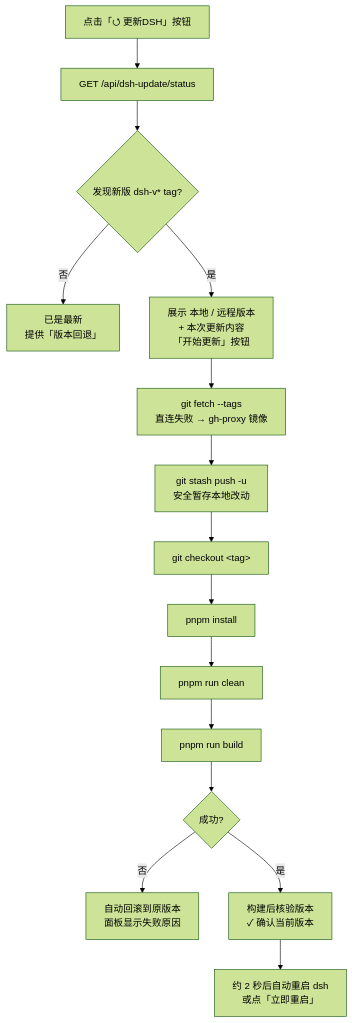
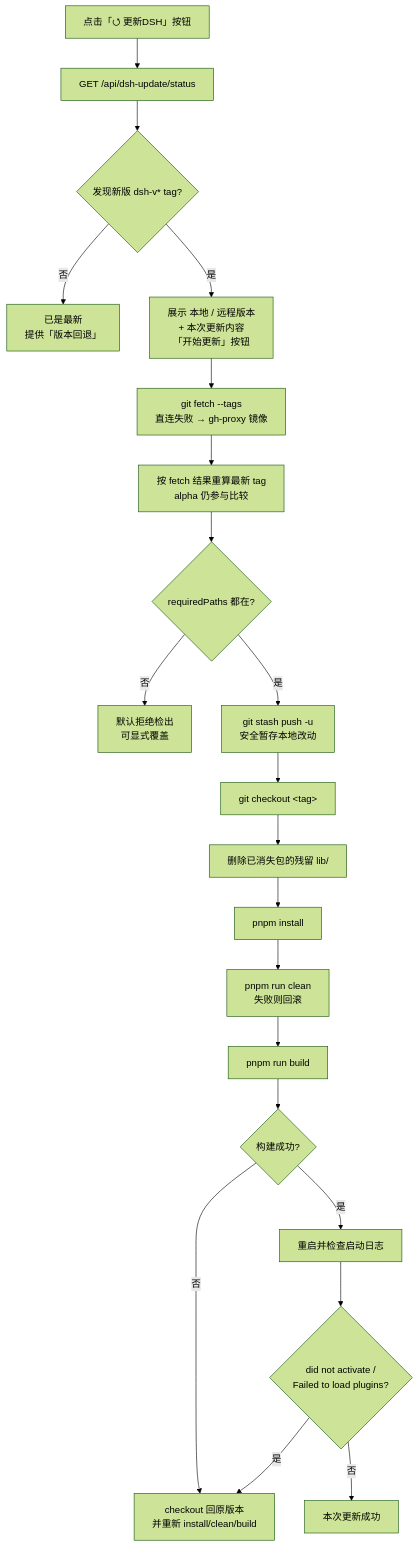
The diagram in README.md (Zhucy123/dsh-update), drawn with Mermaid (forest theme) before and after one commit. The commit also changed other lines of this file and 6 other files, not shown here.

````diff
--- a/README.md
+++ b/README.md
@@ -53,17 +55,23 @@
 ```mermaid
 flowchart TD
     A[点击「⭯ 更新DSH」按钮] --> B[GET /api/dsh-update/status]
     B --> C{发现新版 dsh-v* tag?}
     C -- 否 --> D[已是最新<br/>提供「版本回退」]
     C -- 是 --> E[展示 本地 / 远程版本<br/>+ 本次更新内容<br/>「开始更新」按钮]
     E --> F[git fetch --tags<br/>直连失败 → gh-proxy 镜像]
-    F --> G[git stash push -u<br/>安全暂存本地改动]
+    F --> R[按 fetch 结果重算最新 tag<br/>alpha 仍参与比较]
+    R --> P{requiredPaths 都在?}
+    P -- 否 --> Q[默认拒绝检出<br/>可显式覆盖]
+    P -- 是 --> G[git stash push -u<br/>安全暂存本地改动]
     G --> H[git checkout &lt;tag&gt;]
-    H --> I[pnpm install]
-    I --> J[pnpm run clean]
+    H --> OL[删除已消失包的残留 lib/]
+    OL --> I[pnpm install]
+    I --> J[pnpm run clean<br/>失败则回滚]
     J --> K[pnpm run build]
-    K --> L{成功?}
-    L -- 否 --> M[自动回滚到原版本<br/>面板显示失败原因]
-    L -- 是 --> N[构建后核验版本<br/>✓ 确认当前版本]
-    N --> O[约 2 秒后自动重启 dsh<br/>或点「立即重启」]
+    K --> L{构建成功?}
+    L -- 否 --> M[checkout 回原版本<br/>并重新 install/clean/build]
+    L -- 是 --> N[重启并检查启动日志]
+    N --> O{did not activate /<br/>Failed to load plugins?}
+    O -- 是 --> M
+    O -- 否 --> S[本次更新成功]
 ```
````
